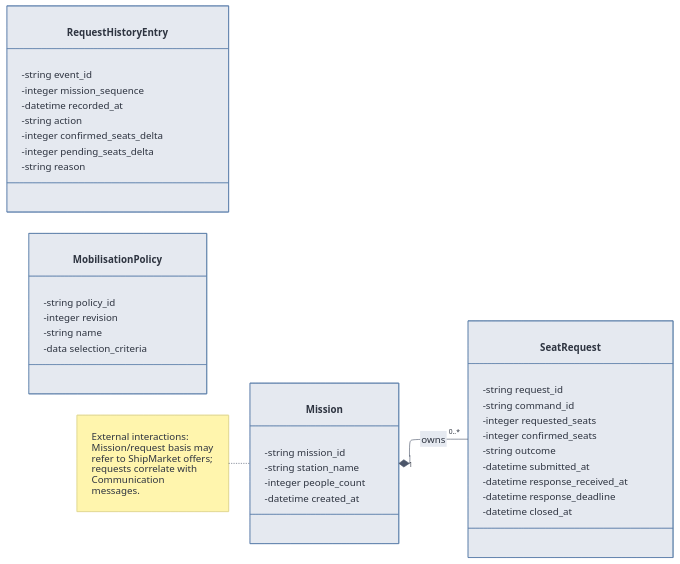
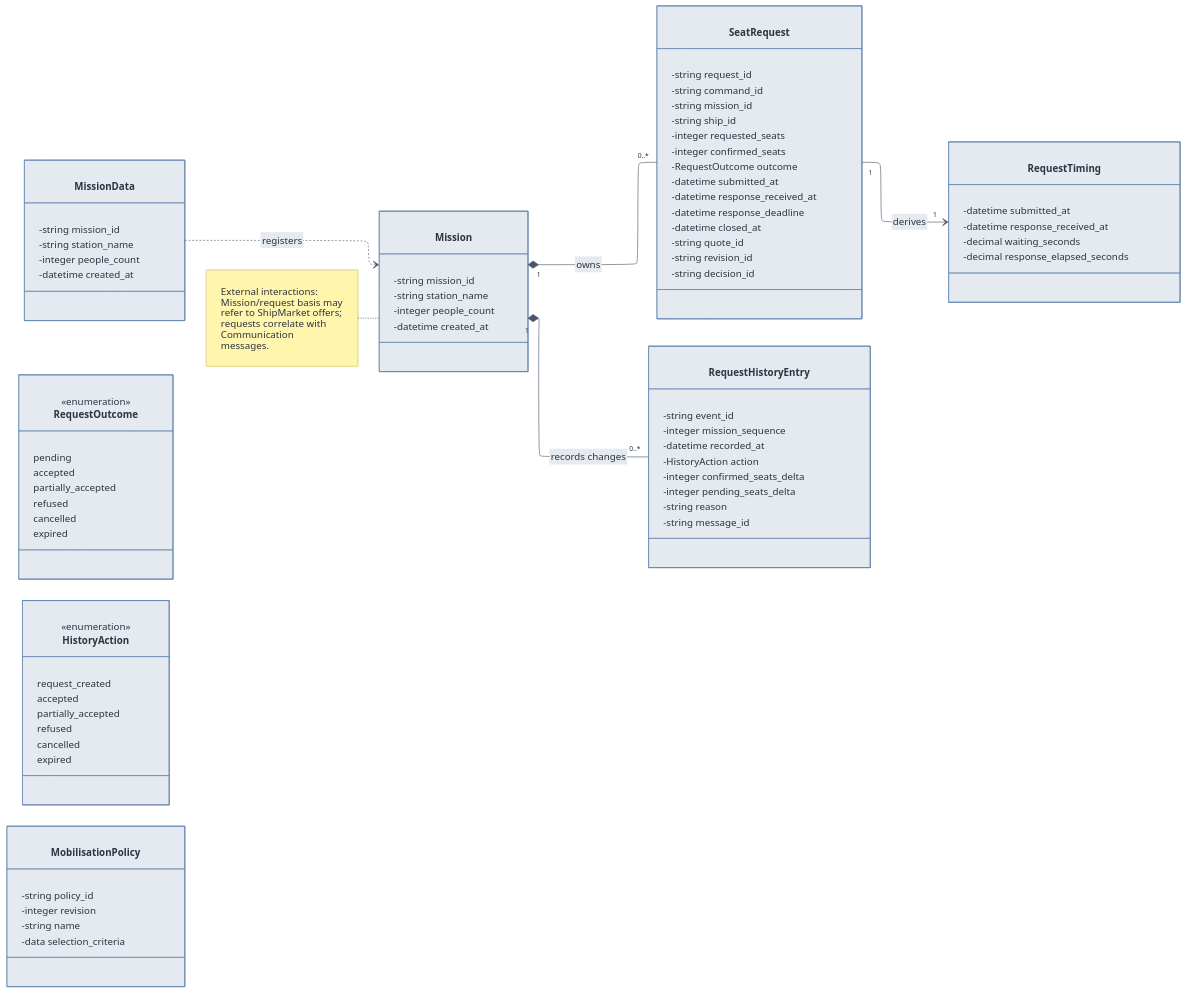
One commit to mariaxmxavier/space-rescue-system changed the diagram in docs/architecture/diagrams/rescue-domain-model/namespaces/CoreReferences/class-diagram.mmd. Above: the diagram before and after it, drawn with Mermaid. The commit also changed 80 other files, not shown here.

```diff
--- a/docs/architecture/diagrams/rescue-domain-model/namespaces/CoreReferences/class-diagram.mmd
+++ b/docs/architecture/diagrams/rescue-domain-model/namespaces/CoreReferences/class-diagram.mmd
@@ -1,64 +1,103 @@
 ---
 config:
   layout: elk
   theme: base
   htmlLabels: false
   fontFamily: Arial
   themeVariables:
     primaryColor: '#e5e9f0'
     primaryTextColor: '#2e3440'
     primaryBorderColor: '#5e81ac'
     lineColor: '#4c566a'
     tertiaryColor: '#eceff4'
     fontFamily: 'Arial, sans-serif'
   elk:
     mergeEdges: false
     nodePlacementStrategy: LINEAR_SEGMENTS
   class:
     nodeSpacing: 90
     rankSpacing: 100
     padding: 24
     diagramPadding: 40
     hideEmptyMembersBox: true
   er:
     nodeSpacing: 90
     rankSpacing: 100
     diagramPadding: 30
 ---
 classDiagram
     direction LR
     %% Authoritative scoped view of CoreReferences; see the diagram index for boundary relationships.
     class Mission {
         -string mission_id
         -string station_name
         -integer people_count
         -datetime created_at
     }
     class SeatRequest {
         -string request_id
         -string command_id
+        -string mission_id
+        -string ship_id
         -integer requested_seats
         -integer confirmed_seats
-        -string outcome
+        -RequestOutcome outcome
         -datetime submitted_at
         -datetime response_received_at
         -datetime response_deadline
         -datetime closed_at
+        -string quote_id
+        -string revision_id
+        -string decision_id
     }
     class RequestHistoryEntry {
         -string event_id
         -integer mission_sequence
         -datetime recorded_at
-        -string action
+        -HistoryAction action
         -integer confirmed_seats_delta
         -integer pending_seats_delta
         -string reason
+        -string message_id
+    }
+    class RequestTiming {
+        -datetime submitted_at
+        -datetime response_received_at
+        -decimal waiting_seconds
+        -decimal response_elapsed_seconds
+    }
+    class MissionData {
+        -string mission_id
+        -string station_name
+        -integer people_count
+        -datetime created_at
+    }
+    class RequestOutcome {
+        <<enumeration>>
+        pending
+        accepted
+        partially_accepted
+        refused
+        cancelled
+        expired
+    }
+    class HistoryAction {
+        <<enumeration>>
+        request_created
+        accepted
+        partially_accepted
+        refused
+        cancelled
+        expired
     }
     class MobilisationPolicy {
         -string policy_id
         -integer revision
         -string name
         -data selection_criteria
     }
     Mission "1" *-- "0..*" SeatRequest : owns
+    Mission "1" *-- "0..*" RequestHistoryEntry : records changes
+    MissionData ..> Mission : registers
+    SeatRequest "1" --> "1" RequestTiming : derives
     note for Mission "External interactions: Mission/request basis may refer to ShipMarket offers; requests correlate with Communication messages."
```
